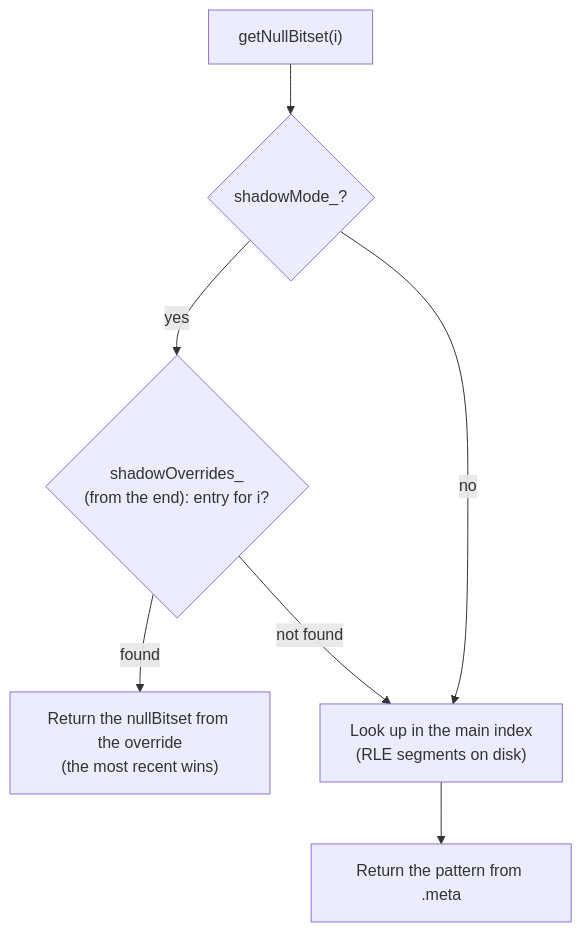
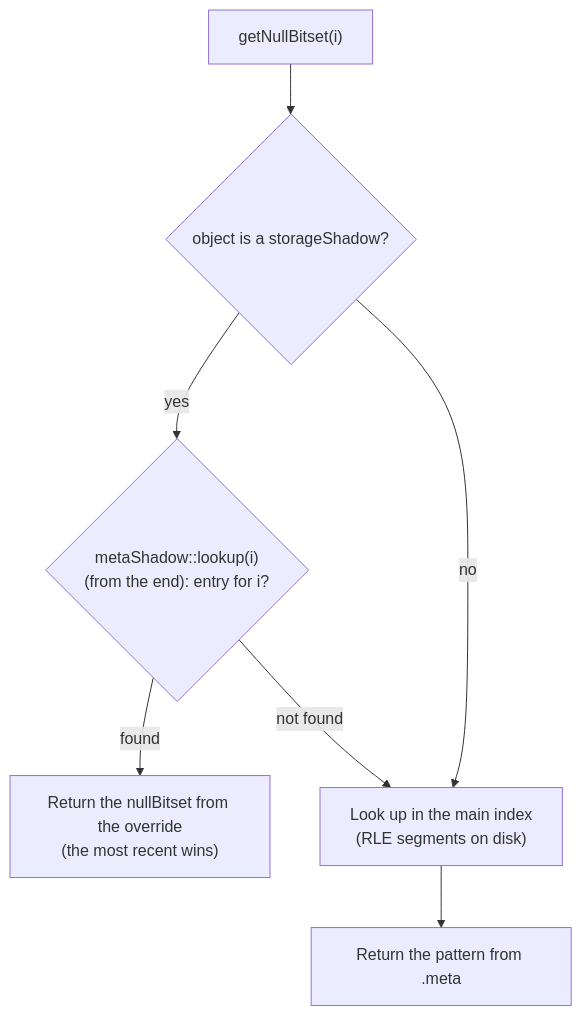
Before and after one commit to michalwidera/documentation-rdb: the seventh of 9 diagrams in data-processing-system-architecture/data-storage-format/files.md, drawn with Mermaid. The commit also changed other lines of this file and 15 other files, not shown here.

````diff
--- a/data-processing-system-architecture/data-storage-format/files.md
+++ b/data-processing-system-architecture/data-storage-format/files.md
@@ -511,10 +531,10 @@
 ```mermaid
 flowchart TD
     Q["getNullBitset(i)"]
-    Q --> SM{"shadowMode_?"}
-    SM -->|yes| SCAN{"shadowOverrides_\n(from the end): entry for i?"}
+    Q --> SM{"object is a storageShadow?"}
+    SM -->|yes| SCAN{"metaShadow::lookup(i)\n(from the end): entry for i?"}
     SCAN -->|found| RET1["Return the nullBitset from the override\n(the most recent wins)"]
     SCAN -->|not found| MAIN["Look up in the main index\n(RLE segments on disk)"]
     SM -->|no| MAIN
     MAIN --> RET2["Return the pattern from .meta"]
 ```
````
